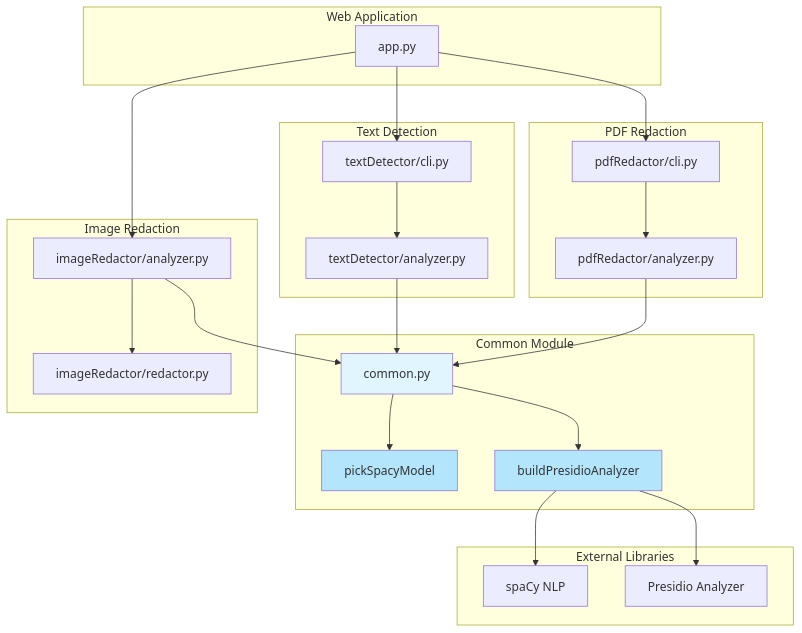
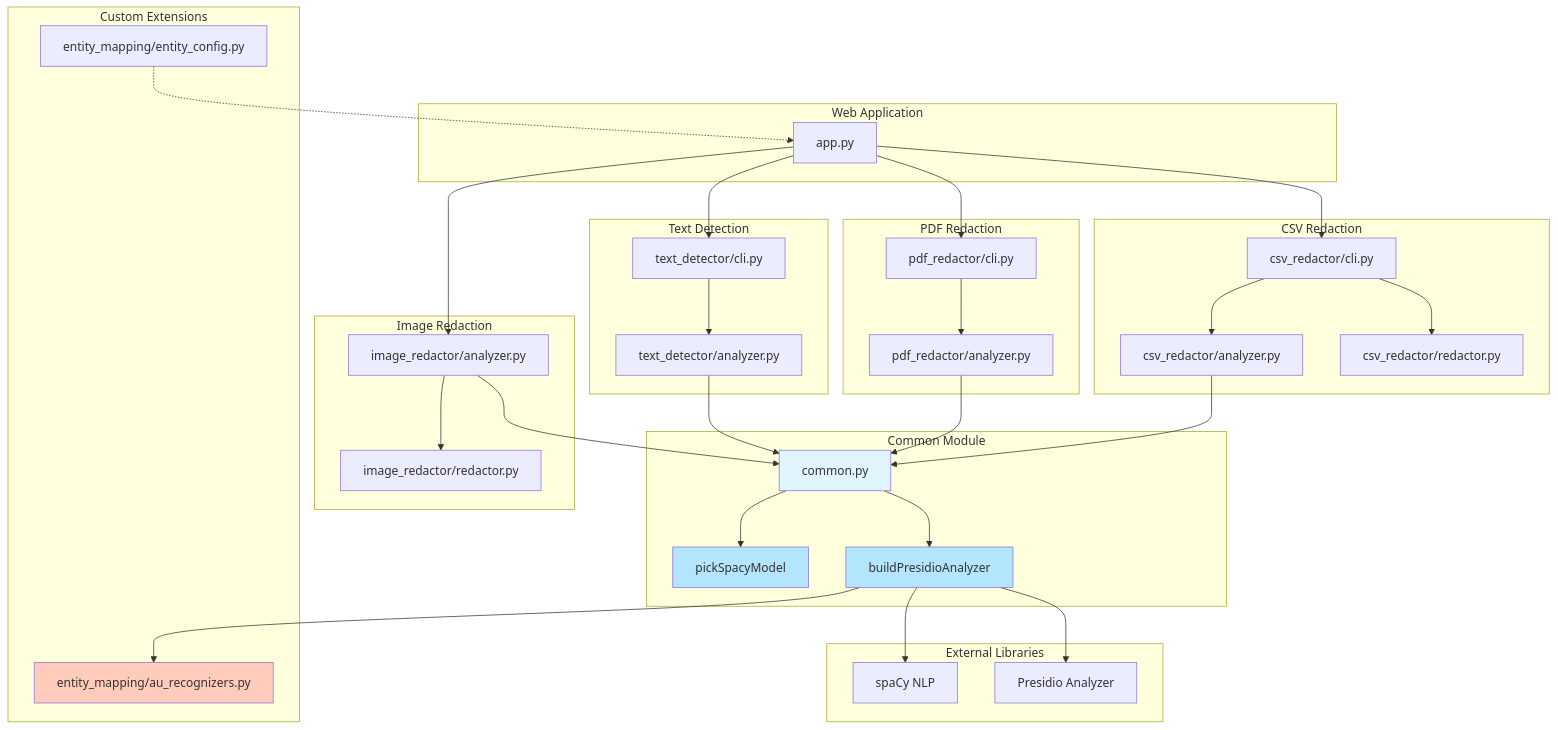
One commit to manansvr/pii-detection-redaction changed the seventh of 10 diagrams in README.md. Above: the diagram before and after it, drawn with Mermaid. The commit also changed other lines of this file and 65 other files, not shown here.

````diff
--- a/README.md
+++ b/README.md
@@ -330,54 +432,73 @@
 ```mermaid
 graph TB
     subgraph "Common Module"
         Common[common.py]
         PickModel[pickSpacyModel]
         BuildAnalyzer[buildPresidioAnalyzer]
     end
 
     subgraph "Text Detection"
-        TextAnalyzer[textDetector/analyzer.py]
-        TextCLI[textDetector/cli.py]
+        TextAnalyzer[text_detector/analyzer.py]
+        TextCLI[text_detector/cli.py]
     end
 
     subgraph "PDF Redaction"
-        PDFAnalyzer[pdfRedactor/analyzer.py]
-        PDFCLI[pdfRedactor/cli.py]
+        PDFAnalyzer[pdf_redactor/analyzer.py]
+        PDFCLI[pdf_redactor/cli.py]
     end
 
     subgraph "Image Redaction"
-        ImageAnalyzer[imageRedactor/analyzer.py]
-        ImageRedactor[imageRedactor/redactor.py]
+        ImageAnalyzer[image_redactor/analyzer.py]
+        ImageRedactor[image_redactor/redactor.py]
+    end
+
+    subgraph "CSV Redaction"
+        CSVAnalyzer[csv_redactor/analyzer.py]
+        CSVCLI[csv_redactor/cli.py]
+        CSVRedactor[csv_redactor/redactor.py]
     end
 
     subgraph "Web Application"
         App[app.py]
     end
 
     subgraph "External Libraries"
         Spacy[spaCy NLP]
         Presidio[Presidio Analyzer]
     end
 
+    subgraph "Custom Extensions"
+        AURecog[entity_mapping/au_recognizers.py]
+        EntityConfig[entity_mapping/entity_config.py]
+    end
+
     TextAnalyzer --> Common
     PDFAnalyzer --> Common
     ImageAnalyzer --> Common
+    CSVAnalyzer --> Common
 
     Common --> PickModel
     Common --> BuildAnalyzer
 
     BuildAnalyzer --> Spacy
     BuildAnalyzer --> Presidio
+    BuildAnalyzer --> AURecog
 
     App --> TextCLI
     App --> PDFCLI
     App --> ImageAnalyzer
+    App --> CSVCLI
 
     TextCLI --> TextAnalyzer
     PDFCLI --> PDFAnalyzer
     ImageAnalyzer --> ImageRedactor
+    CSVCLI --> CSVAnalyzer
+    CSVCLI --> CSVRedactor
+
+    EntityConfig -.-> App
 
     style Common fill:#e1f5ff
     style BuildAnalyzer fill:#b3e5fc
     style PickModel fill:#b3e5fc
+    style AURecog fill:#ffccbc
 ```
````
